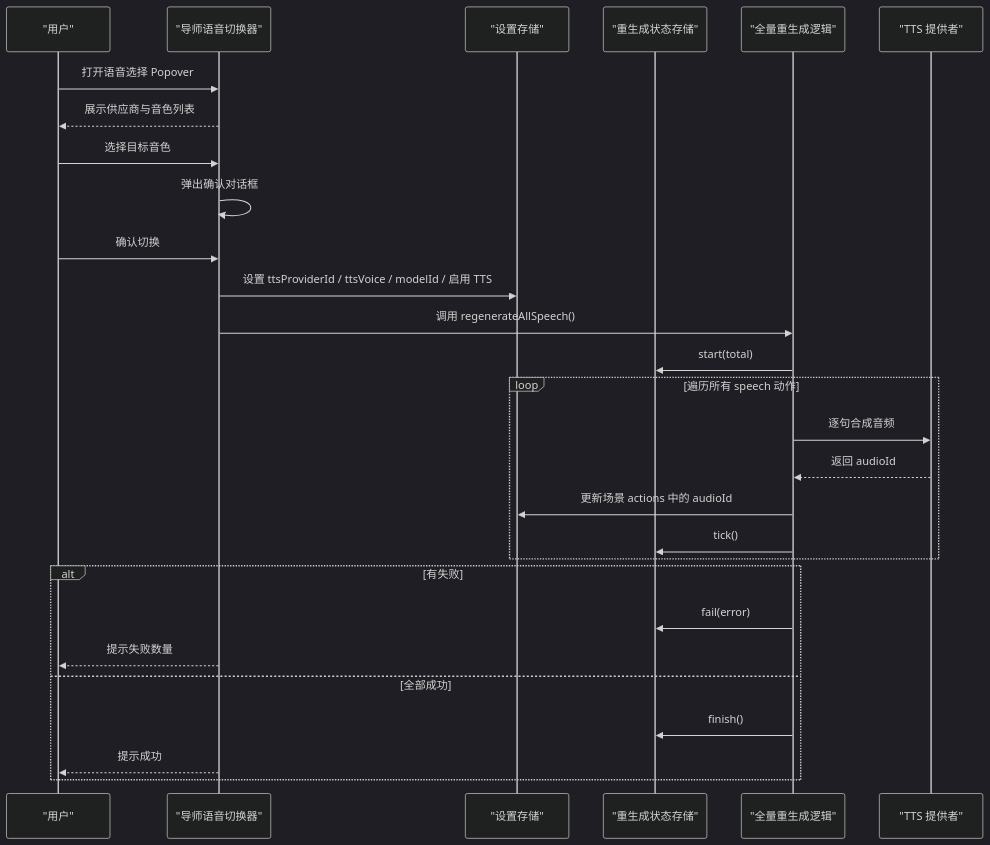
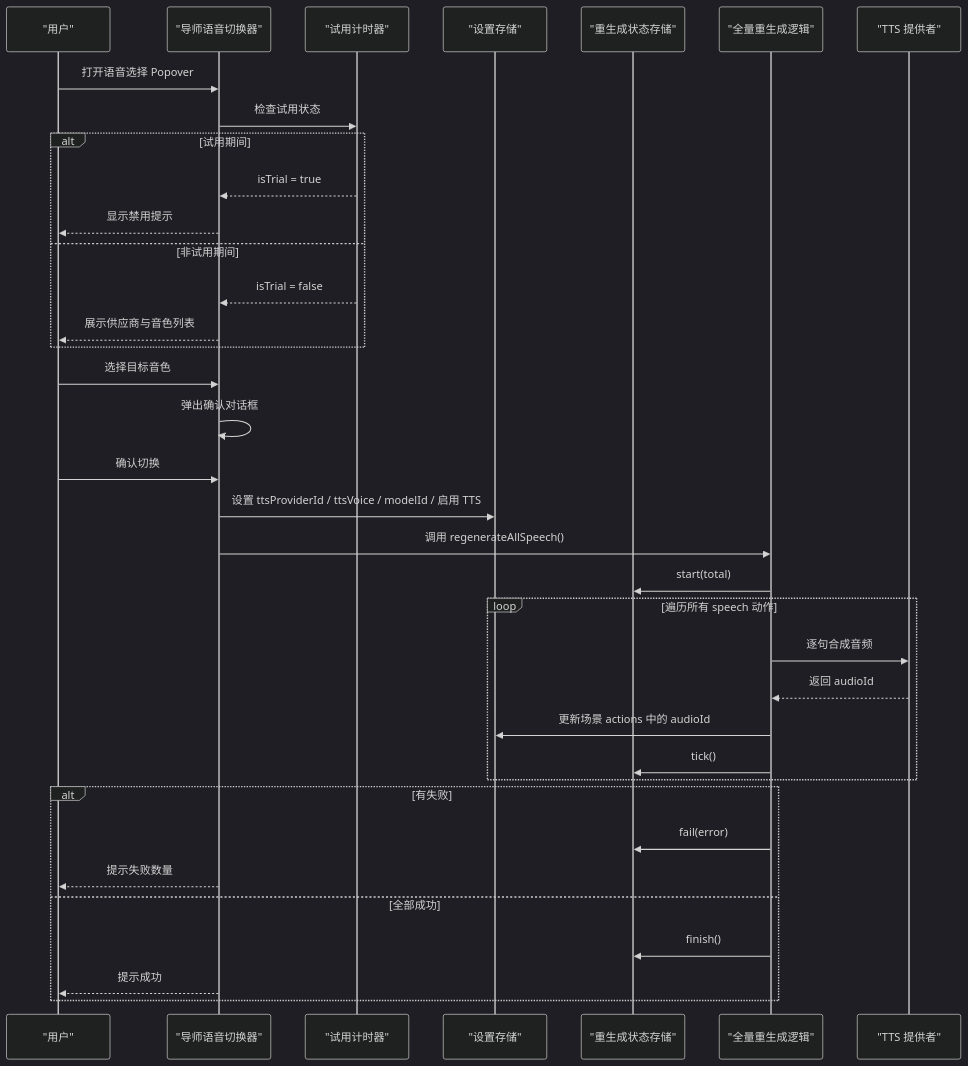
The first of 12 diagrams in .qoder/repowiki/zh/content/UI 组件系统/课堂播放组件/导师语音切换器组件.md (huangboheng/OpenMAIC), drawn with Mermaid (dark theme) before and after one commit. The commit also changed other lines of this file and 41 other files, not shown here.

````diff
--- a/.qoder/repowiki/zh/content/UI 组件系统/课堂播放组件/导师语音切换器组件.md
+++ b/.qoder/repowiki/zh/content/UI 组件系统/课堂播放组件/导师语音切换器组件.md
@@ -34,30 +48,38 @@
 ```mermaid
 sequenceDiagram
 participant U as "用户"
 participant VS as "导师语音切换器"
+participant PT as "试用计时器"
 participant ST as "设置存储"
 participant VR as "重生成状态存储"
 participant RA as "全量重生成逻辑"
 participant TTS as "TTS 提供者"
 U->>VS : 打开语音选择 Popover
+VS->>PT : 检查试用状态
+alt 试用期间
+PT-->>VS : isTrial = true
+VS-->>U : 显示禁用提示
+else 非试用期间
+PT-->>VS : isTrial = false
 VS-->>U : 展示供应商与音色列表
+end
 U->>VS : 选择目标音色
 VS->>VS : 弹出确认对话框
 U->>VS : 确认切换
 VS->>ST : 设置 ttsProviderId / ttsVoice / modelId / 启用 TTS
 VS->>RA : 调用 regenerateAllSpeech()
 RA->>VR : start(total)
 loop 遍历所有 speech 动作
 RA->>TTS : 逐句合成音频
 TTS-->>RA : 返回 audioId
 RA->>ST : 更新场景 actions 中的 audioId
 RA->>VR : tick()
 end
 alt 有失败
 RA->>VR : fail(error)
 VS-->>U : 提示失败数量
 else 全部成功
 RA->>VR : finish()
 VS-->>U : 提示成功
 end
 ```
````
